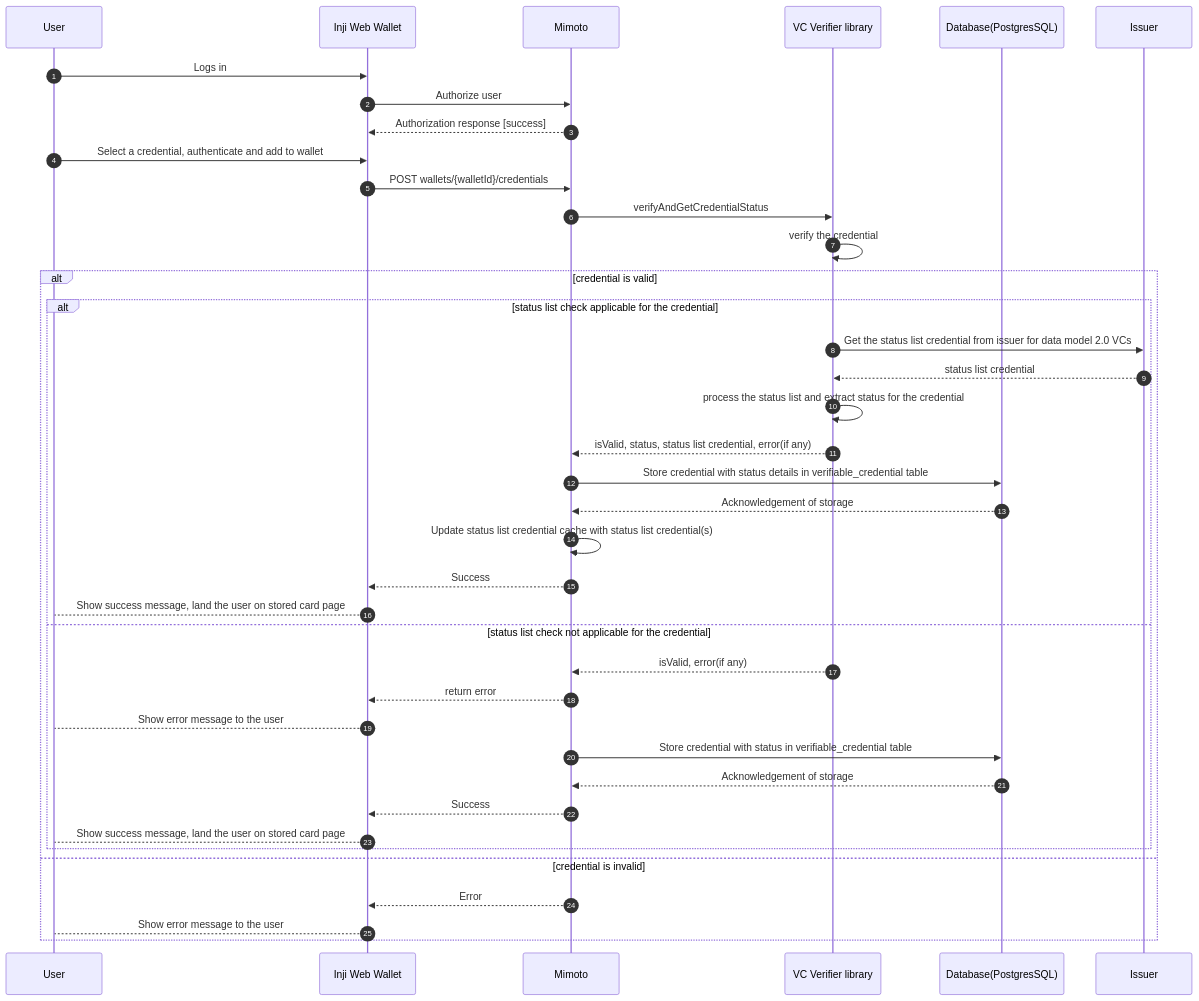
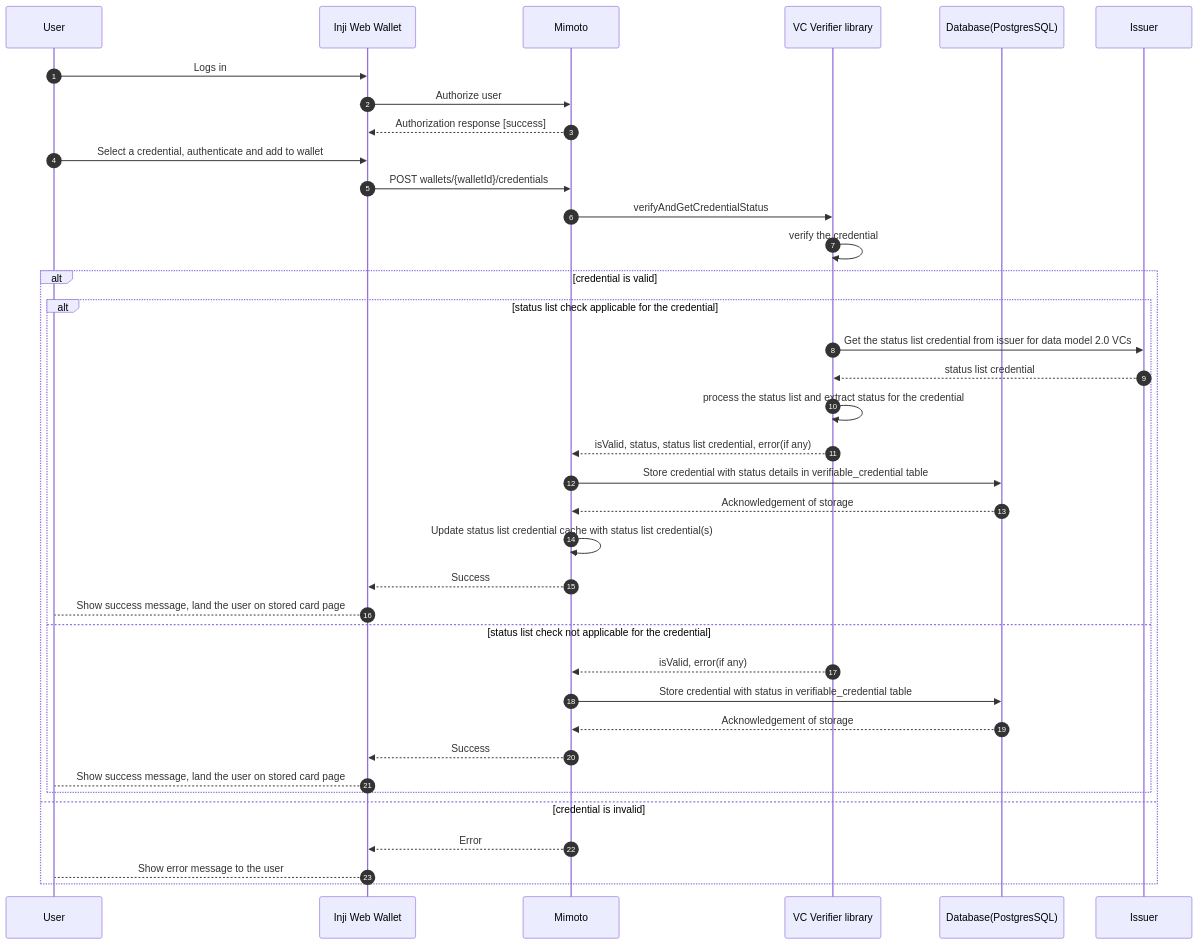
The third of 3 diagrams in docs/VCStatusCheckDesign.md (inji/mimoto), drawn with Mermaid before and after one commit. The commit also changed other lines of this file, not shown here.

Commit message:
[INJIWEB-1793] Address review comments, fix few descriptions

````diff
--- a/docs/VCStatusCheckDesign.md
+++ b/docs/VCStatusCheckDesign.md
@@ -128,41 +128,39 @@
 ```mermaid
 sequenceDiagram
     autonumber
     participant User
     participant InjiWeb as Inji Web Wallet
     participant Mimoto
     participant VCVerifier as VC Verifier library
     participant Database as Database(PostgresSQL)
     participant Issuer
     User->>InjiWeb: Logs in
     InjiWeb->>Mimoto: Authorize user
     Mimoto-->> InjiWeb: Authorization response [success]
     User->>InjiWeb: Select a credential, authenticate and add to wallet
     InjiWeb->>Mimoto: POST wallets/{walletId}/credentials
     Mimoto->>VCVerifier: verifyAndGetCredentialStatus
     VCVerifier->>VCVerifier: verify the credential
     alt credential is valid
         alt status list check applicable for the credential
             VCVerifier->>Issuer: Get the status list credential from issuer for data model 2.0 VCs
             Issuer-->>VCVerifier: status list credential
             VCVerifier->>VCVerifier: process the status list and extract status for the credential
             VCVerifier-->>Mimoto: isValid, status, status list credential, error(if any)
             Mimoto->>Database: Store credential with status details in verifiable_credential table
             Database-->>Mimoto: Acknowledgement of storage
             Mimoto->>Mimoto: Update status list credential cache with status list credential(s)
             Mimoto-->>InjiWeb: Success
             InjiWeb-->User: Show success message, land the user on stored card page
         else status list check not applicable for the credential
             VCVerifier-->>Mimoto: isValid, error(if any)
-            Mimoto-->>InjiWeb: return error
-            InjiWeb-->User: Show error message to the user
             Mimoto->>Database: Store credential with status in verifiable_credential table
             Database-->>Mimoto: Acknowledgement of storage
             Mimoto-->>InjiWeb: Success
             InjiWeb-->User: Show success message, land the user on stored card page
         end
     else credential is invalid
         Mimoto-->>InjiWeb: Error
         InjiWeb-->User: Show error message to the user
     end
 ```
````
